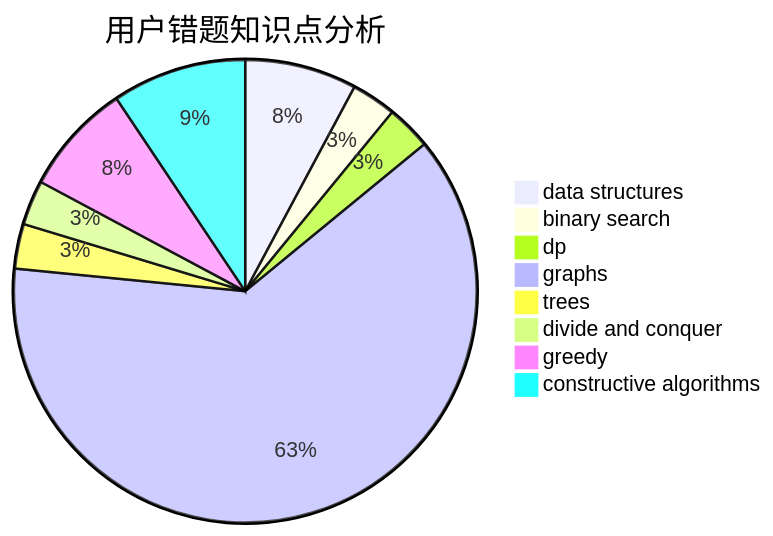
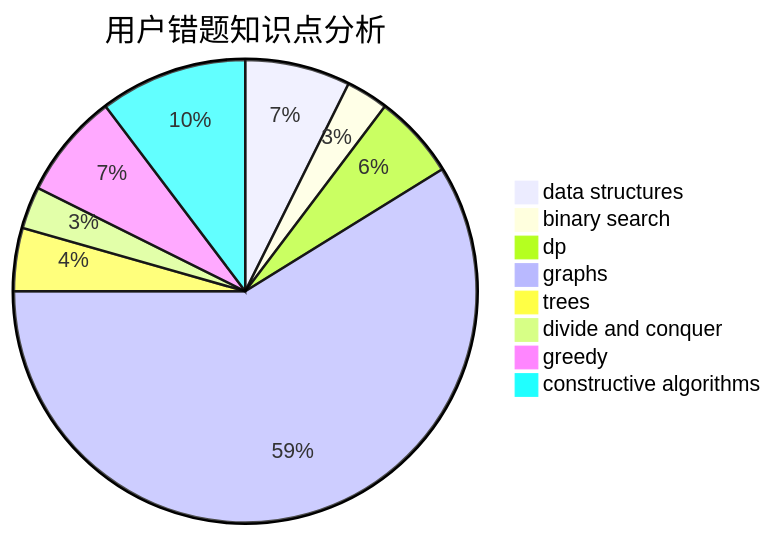
Before and after one commit to sherpahu/cfrs.github.io: the third of 3 diagrams in docs/user/u369.md, drawn with Mermaid. The commit also changed other lines of this file and 2770 other files, not shown here.

````diff
--- a/docs/user/u369.md
+++ b/docs/user/u369.md
@@ -36,11 +36,11 @@
 ```mermaid
 pie title 用户错题知识点分析
     "data structures" :  5
     "binary search" :  2
-    "dp" :  2
+    "dp" :  4
     "graphs" :  40
-    "trees" :  2
+    "trees" :  3
     "divide and conquer" :  2
     "greedy" :  5
-    "constructive algorithms" :  6
+    "constructive algorithms" :  7
 ```
````
